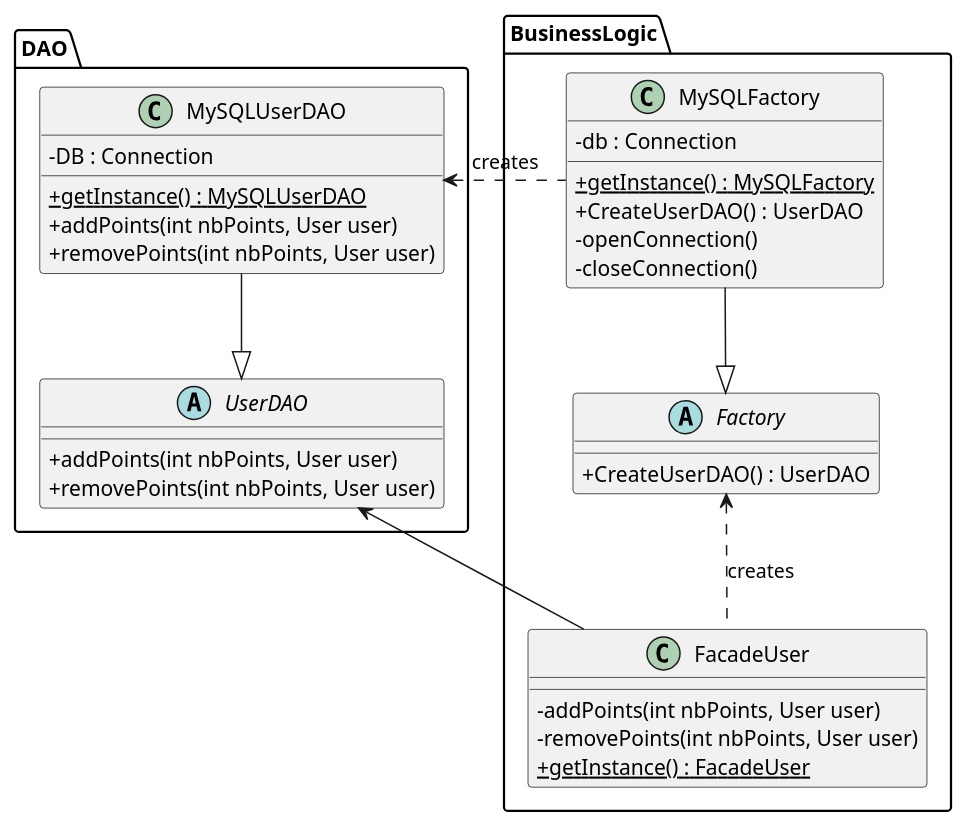
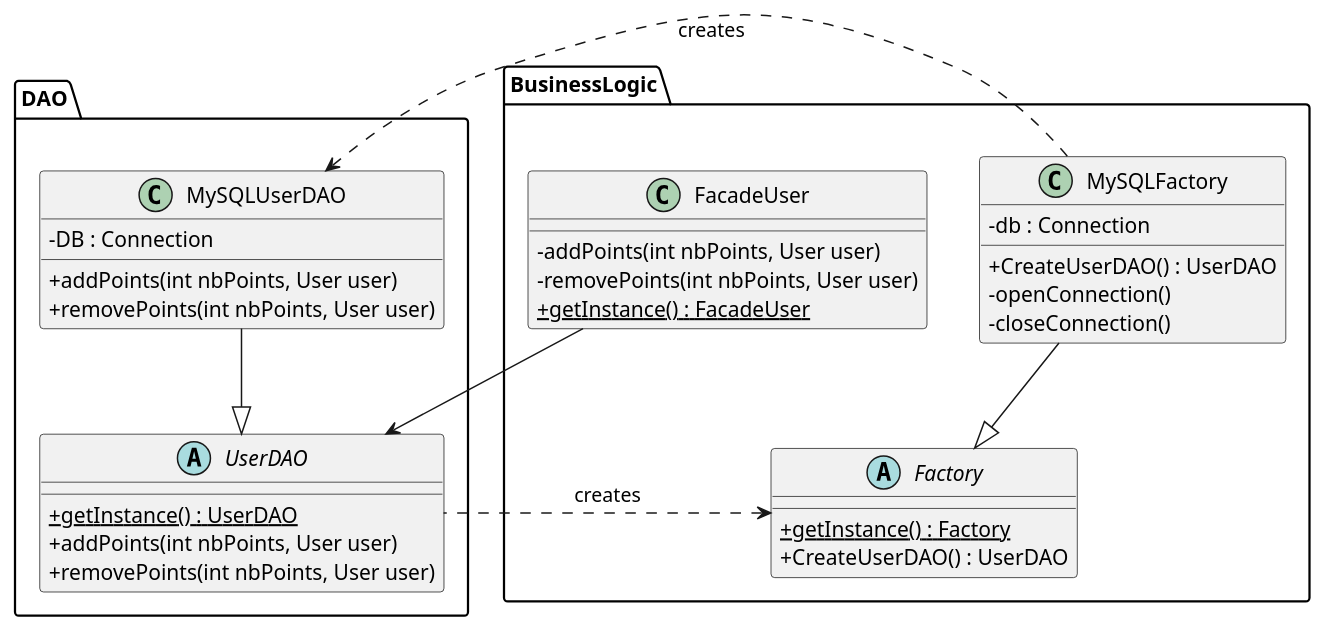
Before and after one commit to guiguie34/StudEasy: the diagram in project_diagrams/classDiagrams/pointManagement.puml, drawn with PlantUML. The commit also changed 10 other files, not shown here.

Commit message:
Final fix : class diagrams

```diff
--- a/project_diagrams/classDiagrams/pointManagement.puml
+++ b/project_diagrams/classDiagrams/pointManagement.puml
@@ -1,53 +1,47 @@
 @startuml
 skinparam classAttributeIconSize 0
 
 package BusinessLogic{
     class FacadeUser{
         - addPoints(int nbPoints, User user)
         - removePoints(int nbPoints, User user)
         + {static} getInstance() : FacadeUser
     }
 
     abstract class Factory{
+        + {static} getInstance() : Factory
         + CreateUserDAO() : UserDAO
     }
     class MySQLFactory{
         - db : Connection
-        + {static} getInstance() : MySQLFactory
         + CreateUserDAO() : UserDAO
         - openConnection()
         - closeConnection()
     }
 
-
-    Factory <.. FacadeUser : creates
     Factory <|-up- MySQLFactory
-
-
-
-
-
 }
 
 package DAO{
 
     abstract class UserDAO{
+        + {static} getInstance() : UserDAO
         + addPoints(int nbPoints, User user)
         + removePoints(int nbPoints, User user)
     }
 
     class MySQLUserDAO{
         - DB : Connection
-        + {static} getInstance() : MySQLUserDAO
         + addPoints(int nbPoints, User user)
         + removePoints(int nbPoints, User user)
 
     }
 
     MySQLUserDAO --|> UserDAO
     MySQLUserDAO <.right. MySQLFactory : creates
 
+    Factory <.. UserDAO : creates
     UserDAO <-right- FacadeUser
 }
 
 @enduml
```
